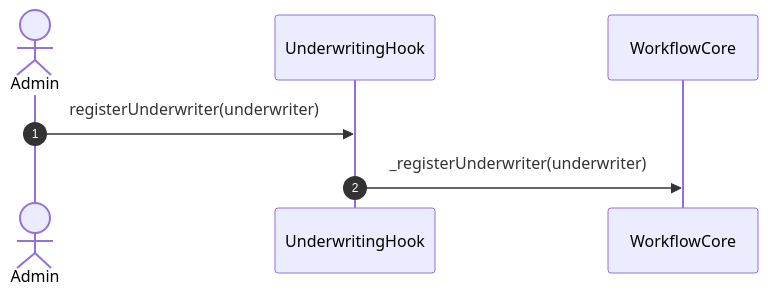
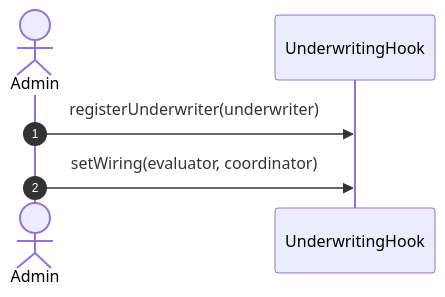
The first of 8 diagrams in docs/underwriting-hook-acp-core-sequence.md (tsubasakong/hook-contracts), drawn with Mermaid before and after one commit. The commit also changed other lines of this file and 13 other files, not shown here.

````diff
--- a/docs/underwriting-hook-acp-core-sequence.md
+++ b/docs/underwriting-hook-acp-core-sequence.md
@@ -21,10 +25,9 @@
 ```mermaid
 sequenceDiagram
     autonumber
     actor Admin
     participant Hook as UnderwritingHook
-    participant Flow as WorkflowCore
 
     Admin->>Hook: registerUnderwriter(underwriter)
-    Hook->>Flow: _registerUnderwriter(underwriter)
+    Admin->>Hook: setWiring(evaluator, coordinator)
 ```
````
